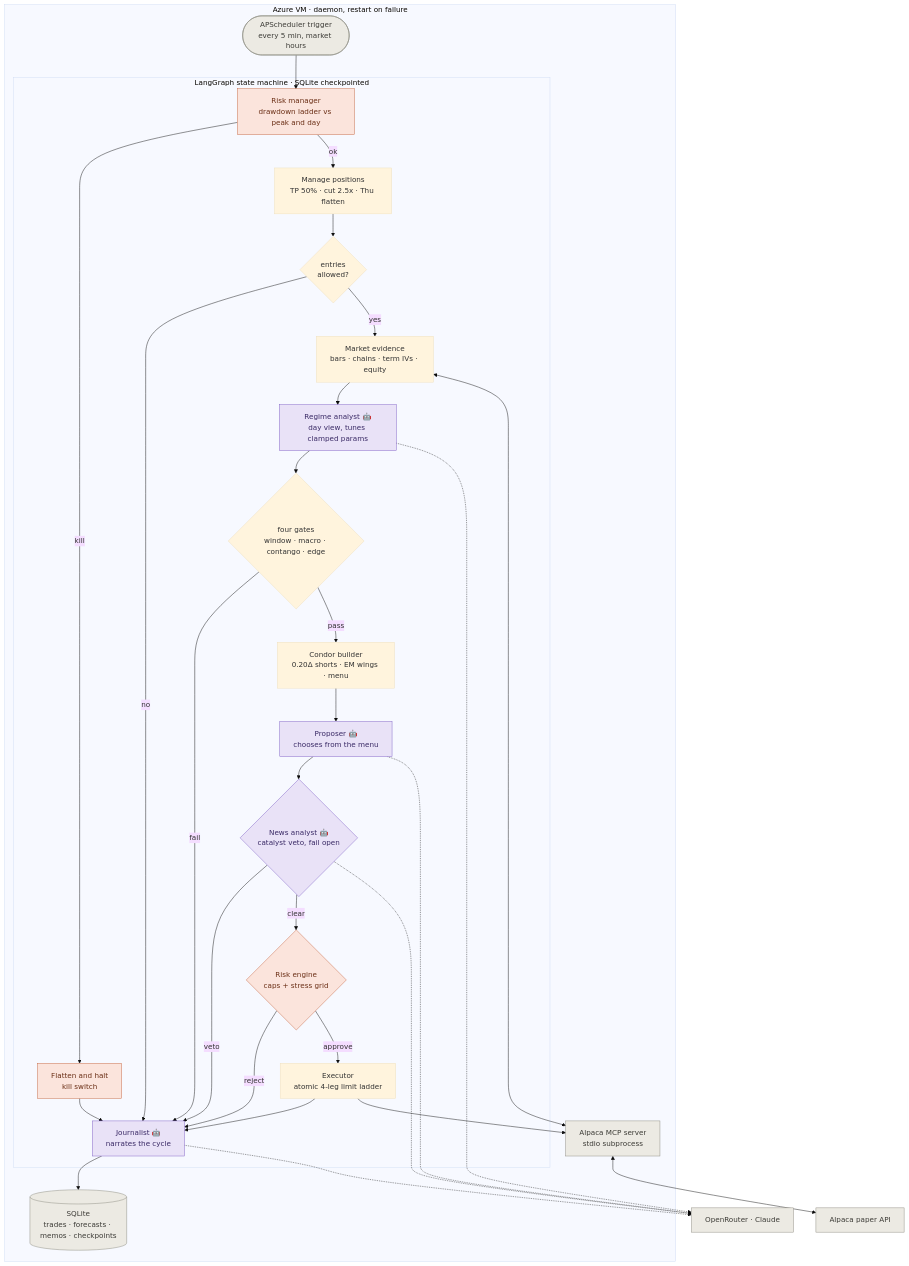
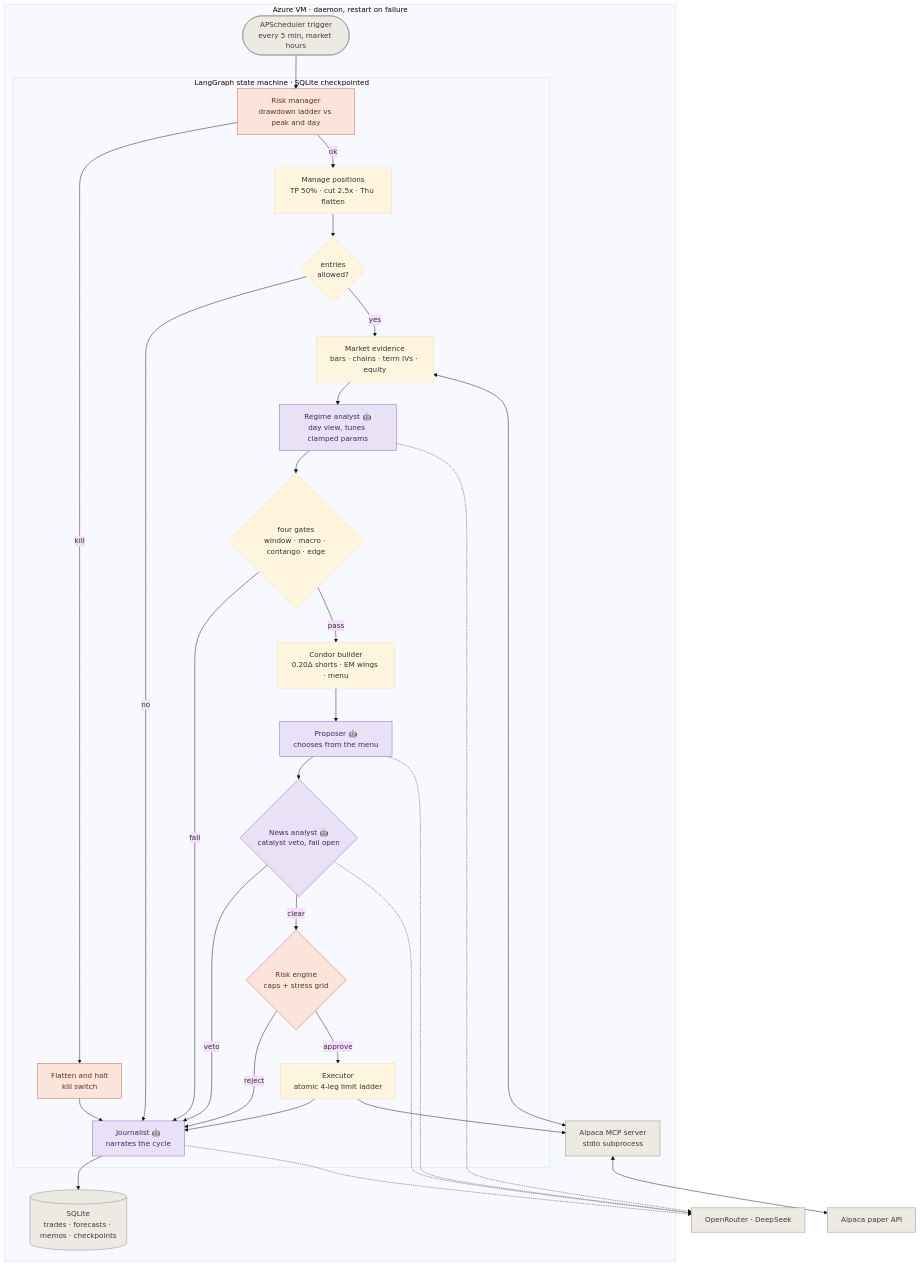
Before and after one commit to Jashwanth63/HedgeMePlease: the diagram in README.md, drawn with Mermaid (base theme). The commit also changed other lines of this file and 39 other files, not shown here.

First line of the commit message:
Rename package alpacha to alpaca; default agents to DeepSeek V3.2

````diff
--- a/README.md
+++ b/README.md
@@ -19,52 +19,52 @@
 ```mermaid
 graph TD
     subgraph VM["Azure VM · daemon, restart on failure"]
         T([APScheduler trigger<br/>every 5 min, market hours])
         subgraph LG["LangGraph state machine · SQLite checkpointed"]
             RC[Risk manager<br/>drawdown ladder vs peak and day]
             FL[Flatten and halt<br/>kill switch]
             MG[Manage positions<br/>TP 50% · cut 2.5x · Thu flatten]
             DE{entries<br/>allowed?}
             GA[Market evidence<br/>bars · chains · term IVs · equity]
             RG[Regime analyst 🤖<br/>day view, tunes clamped params]
             GT{four gates<br/>window · macro · contango · edge}
             BD[Condor builder<br/>0.20Δ shorts · EM wings · menu]
             PR[Proposer 🤖<br/>chooses from the menu]
             NV{News analyst 🤖<br/>catalyst veto, fail open}
             RE{Risk engine<br/>caps + stress grid}
             EX[Executor<br/>atomic 4-leg limit ladder]
             JR[Journalist 🤖<br/>narrates the cycle]
         end
         DB[(SQLite<br/>trades · forecasts · memos · checkpoints)]
         MCP[Alpaca MCP server<br/>stdio subprocess]
     end
     ALP[Alpaca paper API]
-    OR[OpenRouter · Claude]
+    OR[OpenRouter · DeepSeek]
 
     T --> RC
     RC -- kill --> FL --> JR
     RC -- ok --> MG --> DE
     DE -- no --> JR
     DE -- yes --> GA --> RG --> GT
     GT -- fail --> JR
     GT -- pass --> BD --> PR --> NV
     NV -- veto --> JR
     NV -- clear --> RE
     RE -- reject --> JR
     RE -- approve --> EX --> JR
     JR --> DB
     GA <--> MCP
     EX --> MCP
     MCP <--> ALP
     RG -.-> OR
     PR -.-> OR
     NV -.-> OR
     JR -.-> OR
 
     classDef agent fill:#e9e2f7,stroke:#7c5cc4,color:#3a2a66
     classDef authority fill:#fbe4dc,stroke:#c4643f,color:#6b2f16
     classDef infra fill:#eceae3,stroke:#8a887e,color:#3d3c37
     class RG,PR,NV,JR agent
     class RE,RC,FL authority
     class DB,MCP,ALP,OR,T infra
 ```
````
